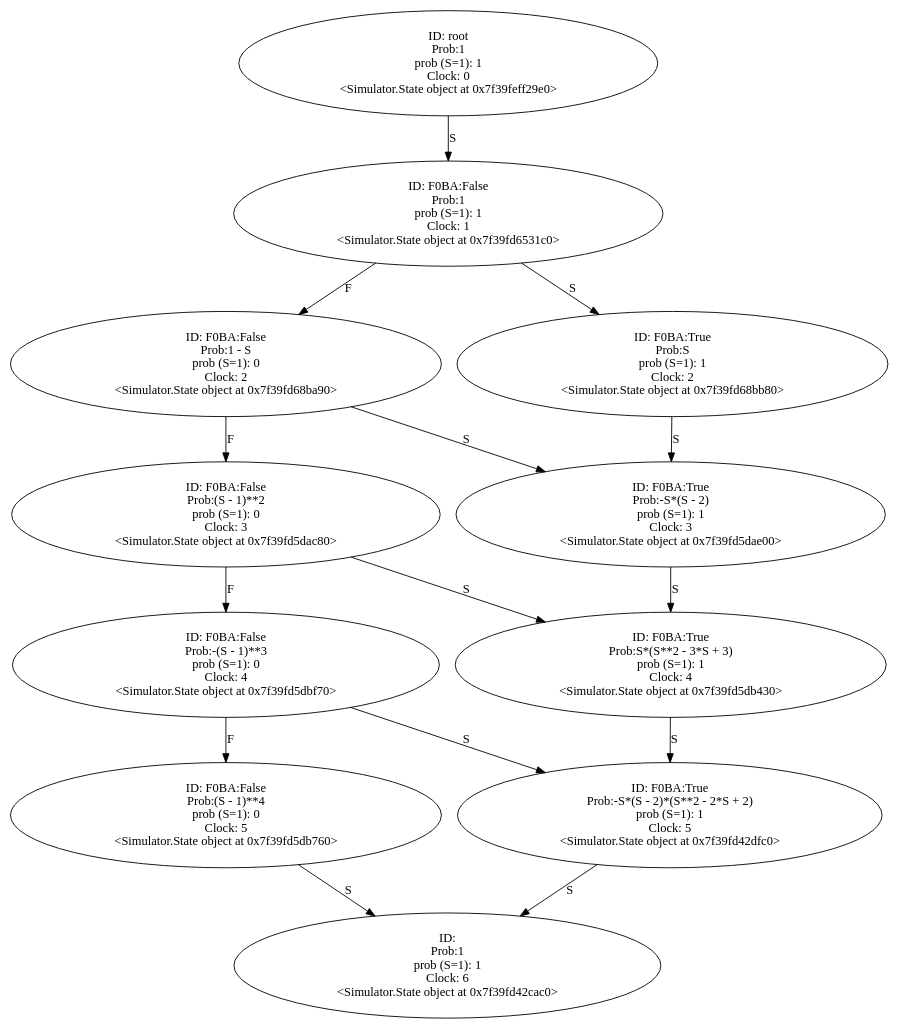
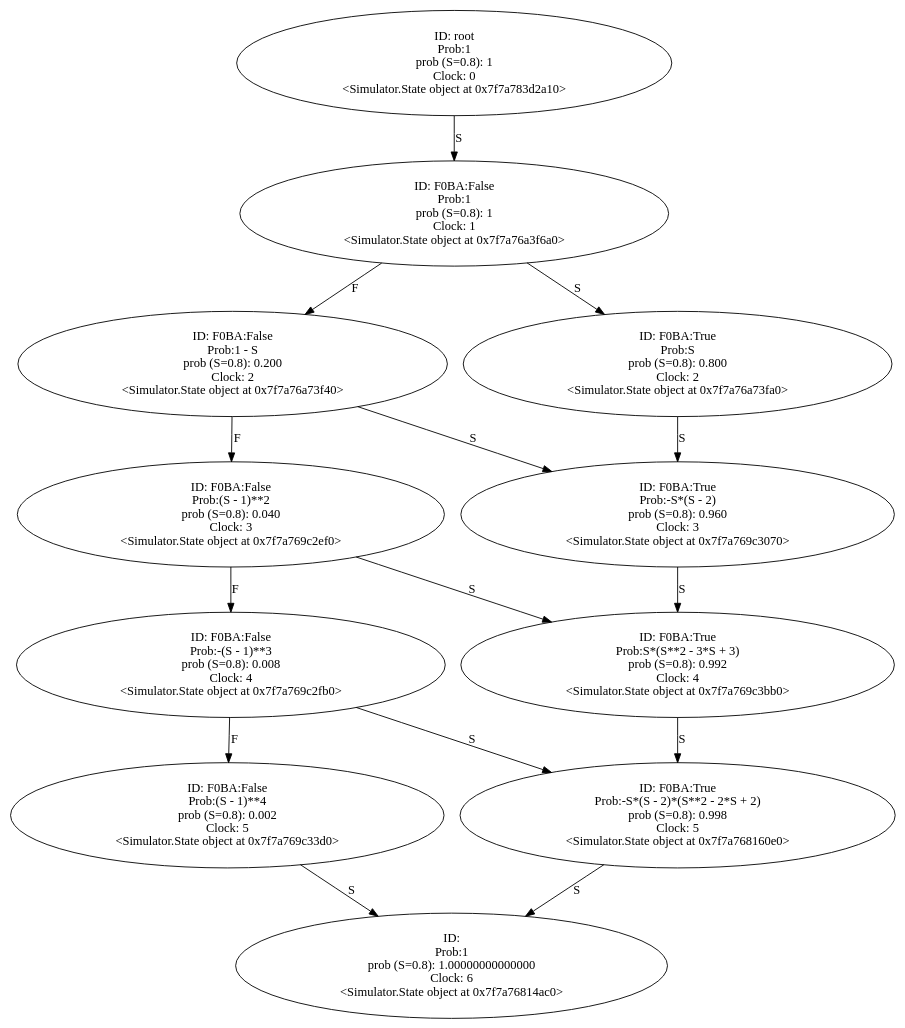
One commit to YasinBoloorchi/WARP-Simulator changed the diagram in Output/pulls.wrp.gv. Above: the diagram before and after it, drawn with Graphviz. The commit also changed 16 other files, not shown here.

```diff
--- a/Output/pulls.wrp.gv
+++ b/Output/pulls.wrp.gv
@@ -1,71 +1,71 @@
 digraph "./Output/pulls.wrp" {
-	<Simulator.State object at 0x7f39feff29e0> [label="ID: root
+	<Simulator.State object at 0x7f7a783d2a10> [label="ID: root
 Prob:1
-prob (S=1): 1
+prob (S=0.8): 1
 Clock: 0
-<Simulator.State object at 0x7f39feff29e0>"]
-	<Simulator.State object at 0x7f39feff29e0> -> <Simulator.State object at 0x7f39fd6531c0> [label=S]
-	<Simulator.State object at 0x7f39fd6531c0> [label="ID: F0BA:False
+<Simulator.State object at 0x7f7a783d2a10>"]
+	<Simulator.State object at 0x7f7a783d2a10> -> <Simulator.State object at 0x7f7a76a3f6a0> [label=S]
+	<Simulator.State object at 0x7f7a76a3f6a0> [label="ID: F0BA:False
 Prob:1
-prob (S=1): 1
+prob (S=0.8): 1
 Clock: 1
-<Simulator.State object at 0x7f39fd6531c0>"]
-	<Simulator.State object at 0x7f39fd6531c0> -> <Simulator.State object at 0x7f39fd68ba90> [label=F]
-	<Simulator.State object at 0x7f39fd6531c0> -> <Simulator.State object at 0x7f39fd68bb80> [label=S]
-	<Simulator.State object at 0x7f39fd68ba90> [label="ID: F0BA:False
+<Simulator.State object at 0x7f7a76a3f6a0>"]
+	<Simulator.State object at 0x7f7a76a3f6a0> -> <Simulator.State object at 0x7f7a76a73f40> [label=F]
+	<Simulator.State object at 0x7f7a76a3f6a0> -> <Simulator.State object at 0x7f7a76a73fa0> [label=S]
+	<Simulator.State object at 0x7f7a76a73f40> [label="ID: F0BA:False
 Prob:1 - S
-prob (S=1): 0
+prob (S=0.8): 0.200
 Clock: 2
-<Simulator.State object at 0x7f39fd68ba90>"]
-	<Simulator.State object at 0x7f39fd68ba90> -> <Simulator.State object at 0x7f39fd5dac80> [label=F]
-	<Simulator.State object at 0x7f39fd68ba90> -> <Simulator.State object at 0x7f39fd5dae00> [label=S]
-	<Simulator.State object at 0x7f39fd68bb80> [label="ID: F0BA:True
+<Simulator.State object at 0x7f7a76a73f40>"]
+	<Simulator.State object at 0x7f7a76a73f40> -> <Simulator.State object at 0x7f7a769c2ef0> [label=F]
+	<Simulator.State object at 0x7f7a76a73f40> -> <Simulator.State object at 0x7f7a769c3070> [label=S]
+	<Simulator.State object at 0x7f7a76a73fa0> [label="ID: F0BA:True
 Prob:S
-prob (S=1): 1
+prob (S=0.8): 0.800
 Clock: 2
-<Simulator.State object at 0x7f39fd68bb80>"]
-	<Simulator.State object at 0x7f39fd68bb80> -> <Simulator.State object at 0x7f39fd5dae00> [label=S]
-	<Simulator.State object at 0x7f39fd5dac80> [label="ID: F0BA:False
+<Simulator.State object at 0x7f7a76a73fa0>"]
+	<Simulator.State object at 0x7f7a76a73fa0> -> <Simulator.State object at 0x7f7a769c3070> [label=S]
+	<Simulator.State object at 0x7f7a769c2ef0> [label="ID: F0BA:False
 Prob:(S - 1)**2
-prob (S=1): 0
+prob (S=0.8): 0.040
 Clock: 3
-<Simulator.State object at 0x7f39fd5dac80>"]
-	<Simulator.State object at 0x7f39fd5dac80> -> <Simulator.State object at 0x7f39fd5dbf70> [label=F]
-	<Simulator.State object at 0x7f39fd5dac80> -> <Simulator.State object at 0x7f39fd5db430> [label=S]
-	<Simulator.State object at 0x7f39fd5dae00> [label="ID: F0BA:True
+<Simulator.State object at 0x7f7a769c2ef0>"]
+	<Simulator.State object at 0x7f7a769c2ef0> -> <Simulator.State object at 0x7f7a769c2fb0> [label=F]
+	<Simulator.State object at 0x7f7a769c2ef0> -> <Simulator.State object at 0x7f7a769c3bb0> [label=S]
+	<Simulator.State object at 0x7f7a769c3070> [label="ID: F0BA:True
 Prob:-S*(S - 2)
-prob (S=1): 1
+prob (S=0.8): 0.960
 Clock: 3
-<Simulator.State object at 0x7f39fd5dae00>"]
-	<Simulator.State object at 0x7f39fd5dae00> -> <Simulator.State object at 0x7f39fd5db430> [label=S]
-	<Simulator.State object at 0x7f39fd5dbf70> [label="ID: F0BA:False
+<Simulator.State object at 0x7f7a769c3070>"]
+	<Simulator.State object at 0x7f7a769c3070> -> <Simulator.State object at 0x7f7a769c3bb0> [label=S]
+	<Simulator.State object at 0x7f7a769c2fb0> [label="ID: F0BA:False
 Prob:-(S - 1)**3
-prob (S=1): 0
+prob (S=0.8): 0.008
 Clock: 4
-<Simulator.State object at 0x7f39fd5dbf70>"]
-	<Simulator.State object at 0x7f39fd5dbf70> -> <Simulator.State object at 0x7f39fd5db760> [label=F]
-	<Simulator.State object at 0x7f39fd5dbf70> -> <Simulator.State object at 0x7f39fd42dfc0> [label=S]
-	<Simulator.State object at 0x7f39fd5db430> [label="ID: F0BA:True
+<Simulator.State object at 0x7f7a769c2fb0>"]
+	<Simulator.State object at 0x7f7a769c2fb0> -> <Simulator.State object at 0x7f7a769c33d0> [label=F]
+	<Simulator.State object at 0x7f7a769c2fb0> -> <Simulator.State object at 0x7f7a768160e0> [label=S]
+	<Simulator.State object at 0x7f7a769c3bb0> [label="ID: F0BA:True
 Prob:S*(S**2 - 3*S + 3)
-prob (S=1): 1
+prob (S=0.8): 0.992
 Clock: 4
-<Simulator.State object at 0x7f39fd5db430>"]
-	<Simulator.State object at 0x7f39fd5db430> -> <Simulator.State object at 0x7f39fd42dfc0> [label=S]
-	<Simulator.State object at 0x7f39fd5db760> [label="ID: F0BA:False
+<Simulator.State object at 0x7f7a769c3bb0>"]
+	<Simulator.State object at 0x7f7a769c3bb0> -> <Simulator.State object at 0x7f7a768160e0> [label=S]
+	<Simulator.State object at 0x7f7a769c33d0> [label="ID: F0BA:False
 Prob:(S - 1)**4
-prob (S=1): 0
+prob (S=0.8): 0.002
 Clock: 5
-<Simulator.State object at 0x7f39fd5db760>"]
-	<Simulator.State object at 0x7f39fd5db760> -> <Simulator.State object at 0x7f39fd42cac0> [label=S]
-	<Simulator.State object at 0x7f39fd42dfc0> [label="ID: F0BA:True
+<Simulator.State object at 0x7f7a769c33d0>"]
+	<Simulator.State object at 0x7f7a769c33d0> -> <Simulator.State object at 0x7f7a76814ac0> [label=S]
+	<Simulator.State object at 0x7f7a768160e0> [label="ID: F0BA:True
 Prob:-S*(S - 2)*(S**2 - 2*S + 2)
-prob (S=1): 1
+prob (S=0.8): 0.998
 Clock: 5
-<Simulator.State object at 0x7f39fd42dfc0>"]
-	<Simulator.State object at 0x7f39fd42dfc0> -> <Simulator.State object at 0x7f39fd42cac0> [label=S]
-	<Simulator.State object at 0x7f39fd42cac0> [label="ID: 
+<Simulator.State object at 0x7f7a768160e0>"]
+	<Simulator.State object at 0x7f7a768160e0> -> <Simulator.State object at 0x7f7a76814ac0> [label=S]
+	<Simulator.State object at 0x7f7a76814ac0> [label="ID: 
 Prob:1
-prob (S=1): 1
+prob (S=0.8): 1.00000000000000
 Clock: 6
-<Simulator.State object at 0x7f39fd42cac0>"]
+<Simulator.State object at 0x7f7a76814ac0>"]
 }
```
